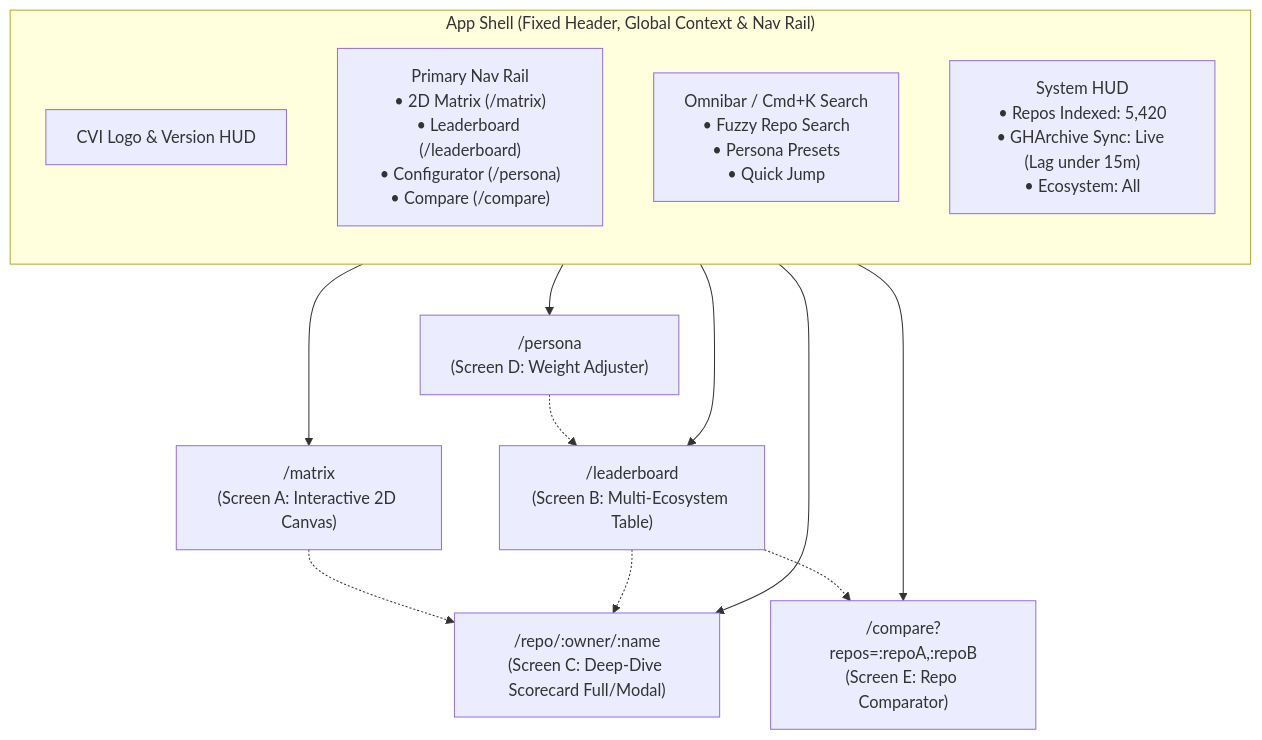
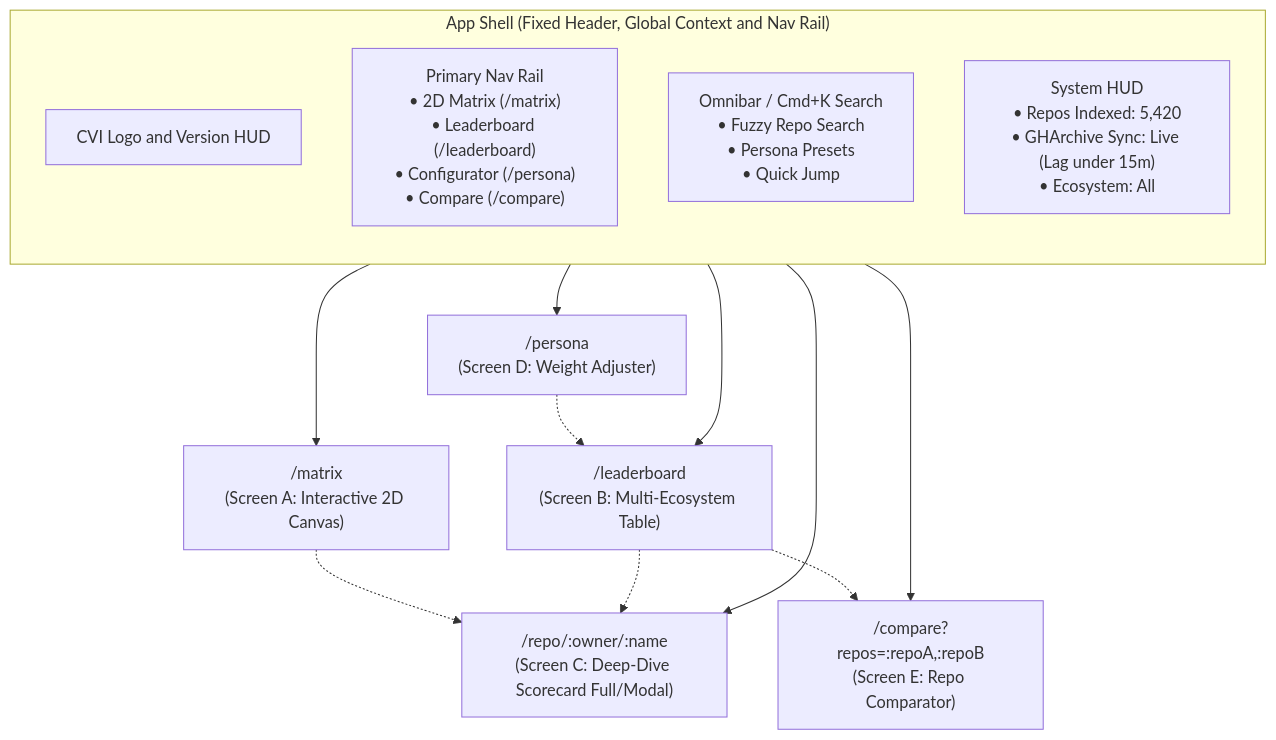
The third of 10 diagrams in docs/UI_UX_SPECIFICATION.md (pctablet505/porchlamp-engine), drawn with Mermaid before and after one commit. The commit also changed other lines of this file and 3 other files, not shown here.

Commit message:
docs: resolve all GFM, KaTeX, and Mermaid rendering issues across architecture and UI specs

````diff
--- a/docs/UI_UX_SPECIFICATION.md
+++ b/docs/UI_UX_SPECIFICATION.md
@@ -103,21 +103,21 @@
 ```mermaid
 flowchart TD
-    subgraph GlobalShell ["App Shell (Fixed Header, Global Context & Nav Rail)"]
+    subgraph GlobalShell ["App Shell (Fixed Header, Global Context and Nav Rail)"]
         direction TB
-        Brand["CVI Logo & Version HUD"]
+        Brand["CVI Logo and Version HUD"]
         NavRail["Primary Nav Rail<br/>• 2D Matrix (/matrix)<br/>• Leaderboard (/leaderboard)<br/>• Configurator (/persona)<br/>• Compare (/compare)"]
         Omnibar["Omnibar / Cmd+K Search<br/>• Fuzzy Repo Search<br/>• Persona Presets<br/>• Quick Jump"]
         ContextStatus["System HUD<br/>• Repos Indexed: 5,420<br/>• GHArchive Sync: Live (Lag under 15m)<br/>• Ecosystem: All"]
     end
 
     GlobalShell --> RouteMatrix["/matrix<br/>(Screen A: Interactive 2D Canvas)"]
     GlobalShell --> RouteLeaderboard["/leaderboard<br/>(Screen B: Multi-Ecosystem Table)"]
     GlobalShell --> RouteRepo["/repo/:owner/:name<br/>(Screen C: Deep-Dive Scorecard Full/Modal)"]
     GlobalShell --> RouteConfig["/persona<br/>(Screen D: Weight Adjuster)"]
     GlobalShell --> RouteCompare["/compare?repos=:repoA,:repoB<br/>(Screen E: Repo Comparator)"]
 
     RouteMatrix -.-> RouteRepo
     RouteLeaderboard -.-> RouteRepo
     RouteLeaderboard -.-> RouteCompare
     RouteConfig -.-> RouteLeaderboard
 ```
````
